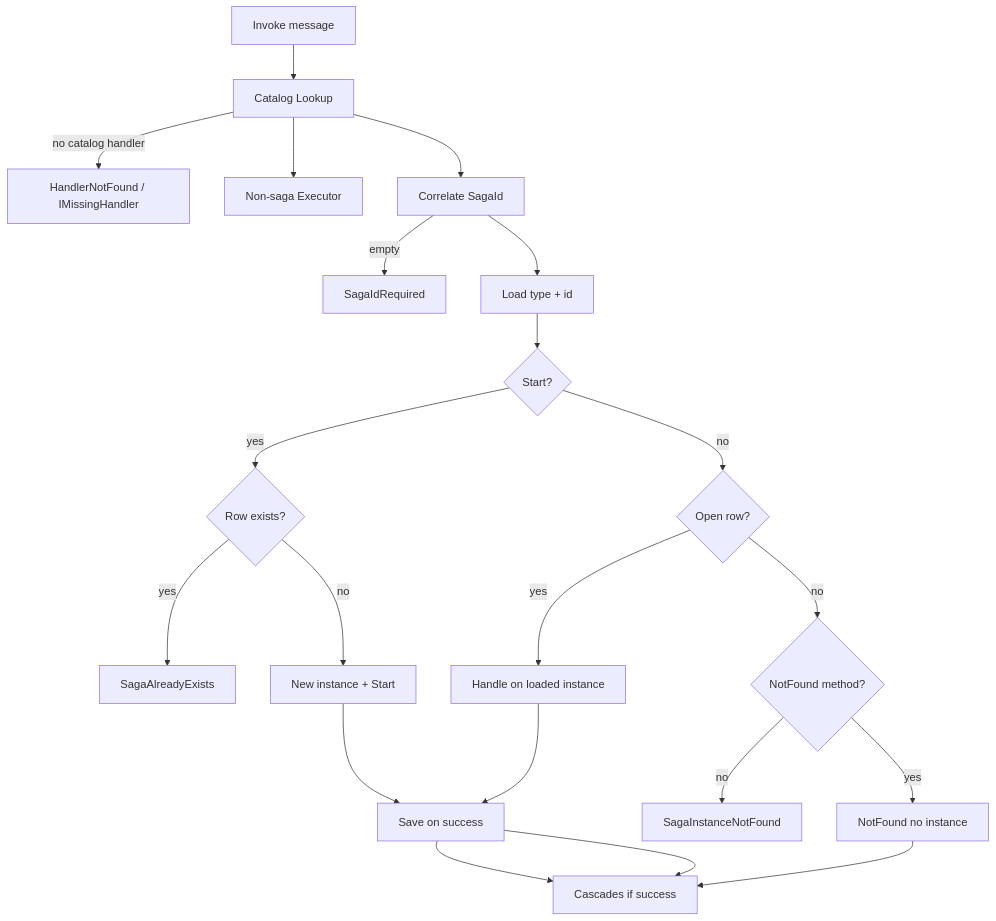
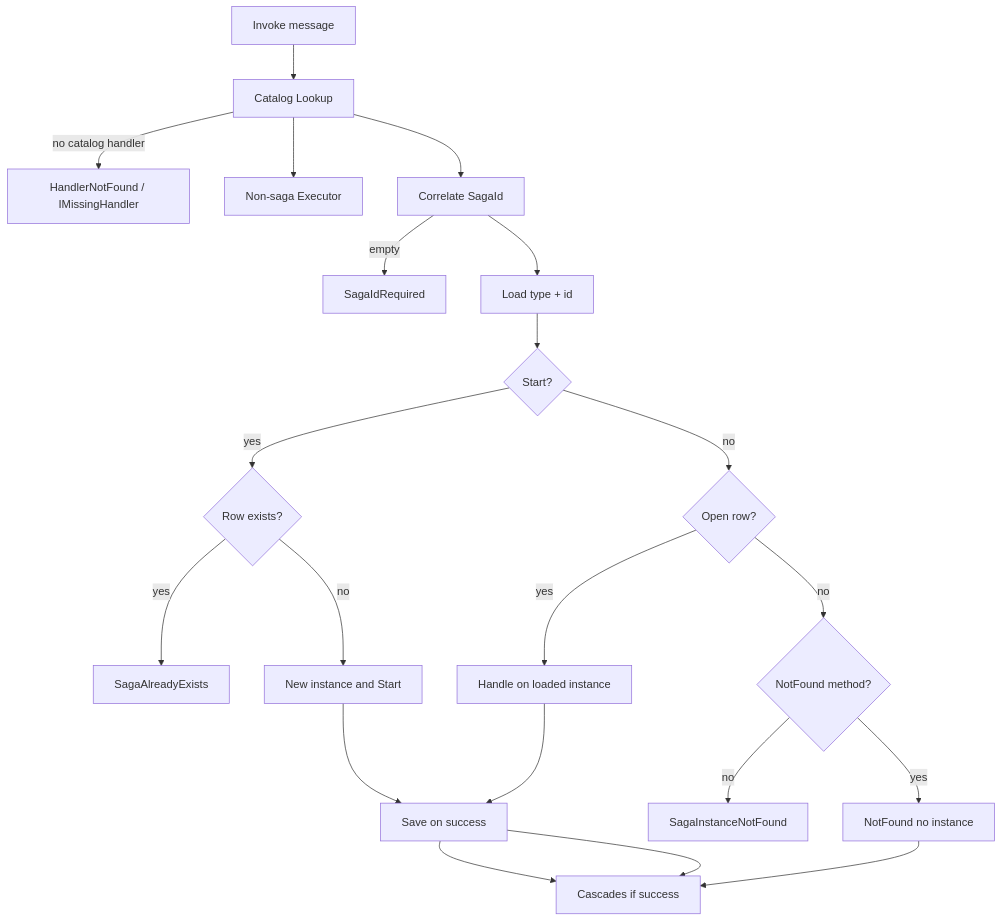
The first of 2 diagrams in specs/miniverine-application-sagas.md (charliemartin0/Miniverine), drawn with Mermaid before and after one commit. The commit also changed other lines of this file and 10 other files, not shown here.

````diff
--- a/specs/miniverine-application-sagas.md
+++ b/specs/miniverine-application-sagas.md
@@ -149,37 +149,37 @@
 ```mermaid
 flowchart TD
   Inv[Invoke message]
   Look[Catalog Lookup]
   MissH[HandlerNotFound / IMissingHandler]
   Plain[Non-saga Executor]
   Corr[Correlate SagaId]
   Empty[SagaIdRequired]
   Load[Load type + id]
   StartQ{Start?}
   ExistsQ{Row exists?}
   Already[SagaAlreadyExists]
-  NewStart[New instance + Start]
+  NewStart[New instance and Start]
   OpenQ{Open row?}
   Handle[Handle on loaded instance]
   NotFoundQ{NotFound method?}
   NF[NotFound no instance]
   SN[SagaInstanceNotFound]
   Save[Save on success]
   Casc[Cascades if success]
 
   Inv --> Look
   Look -->|no catalog handler| MissH
   Look --> Plain
   Look --> Corr
   Corr -->|empty| Empty
   Corr --> Load
   Load --> StartQ
   StartQ -->|yes| ExistsQ
   ExistsQ -->|yes| Already
   ExistsQ -->|no| NewStart --> Save --> Casc
   StartQ -->|no| OpenQ
   OpenQ -->|yes| Handle --> Save --> Casc
   OpenQ -->|no| NotFoundQ
   NotFoundQ -->|yes| NF --> Casc
   NotFoundQ -->|no| SN
 ```
````
